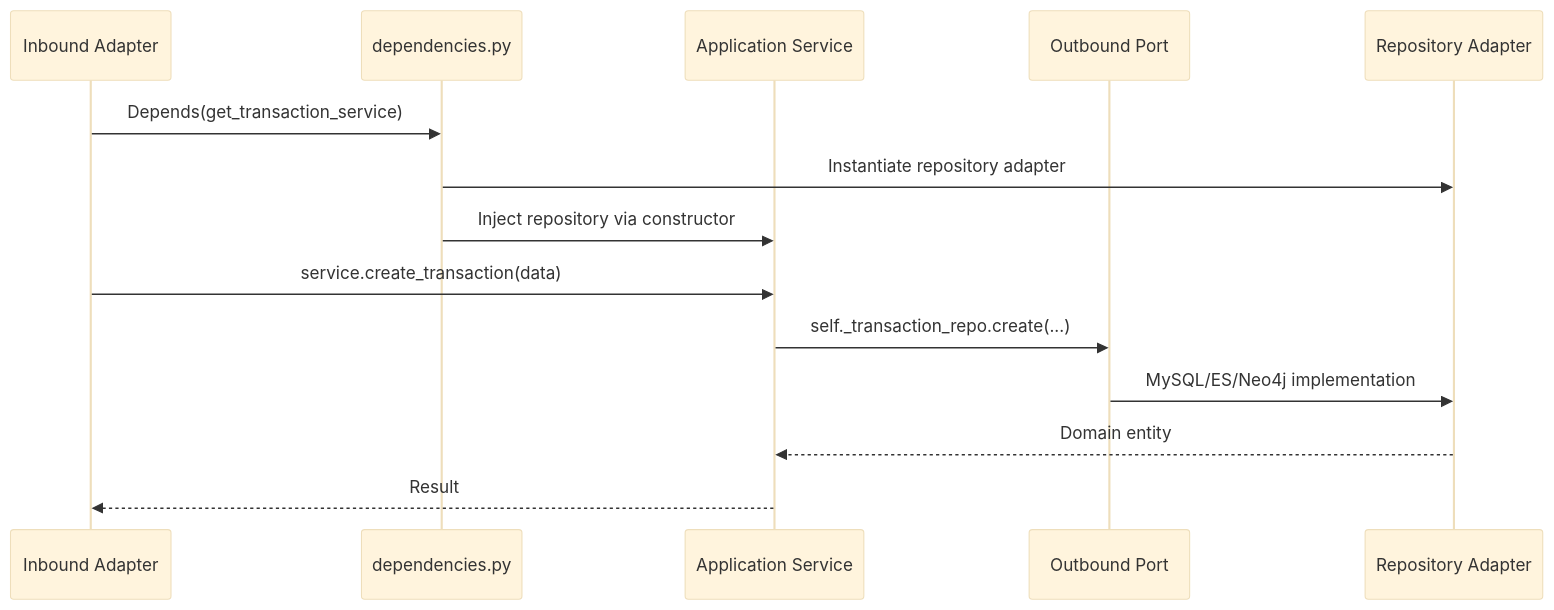
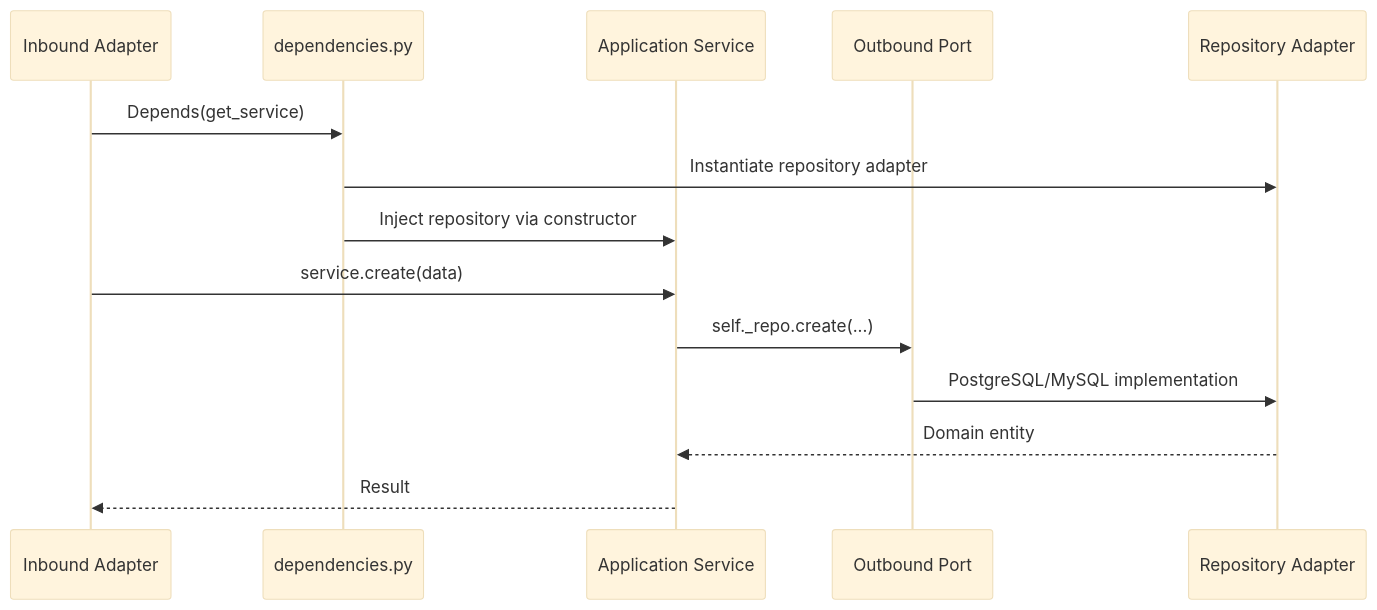
One commit to Jothom2912/Finance-Tracker changed the second of 3 diagrams in README.md. Above: the diagram before and after it, drawn with Mermaid (base theme). The commit also changed other lines of this file and 96 other files, not shown here.

First line of the commit message:
Extract user-service and transaction-service from monolith

````diff
--- a/README.md
+++ b/README.md
@@ -131,17 +139,17 @@
 ```mermaid
 sequenceDiagram
     participant Route as Inbound Adapter
     participant DI as dependencies.py
     participant Service as Application Service
     participant Port as Outbound Port
     participant Repo as Repository Adapter
 
-    Route->>DI: Depends(get_transaction_service)
+    Route->>DI: Depends(get_service)
     DI->>Repo: Instantiate repository adapter
     DI->>Service: Inject repository via constructor
-    Route->>Service: service.create_transaction(data)
-    Service->>Port: self._transaction_repo.create(...)
-    Port->>Repo: MySQL/ES/Neo4j implementation
+    Route->>Service: service.create(data)
+    Service->>Port: self._repo.create(...)
+    Port->>Repo: PostgreSQL/MySQL implementation
     Repo-->>Service: Domain entity
     Service-->>Route: Result
 ```
````
